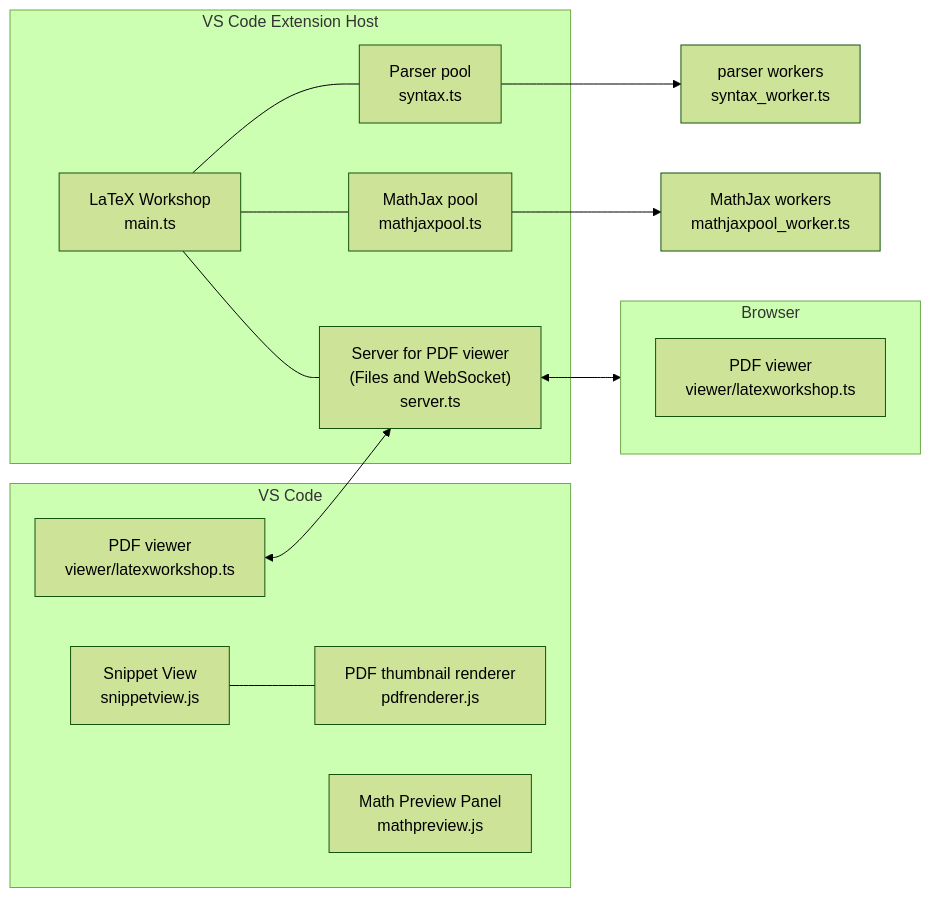
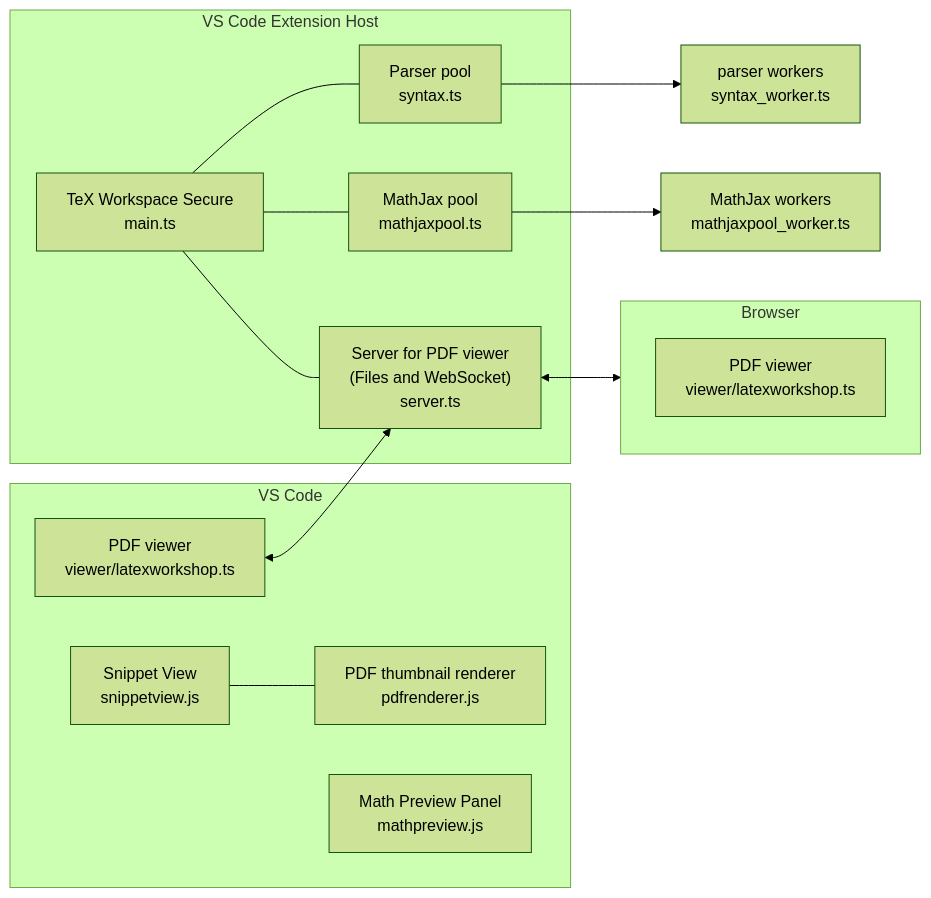
The first of 2 diagrams in src/README.md (James-Yu/LaTeX-Workshop), drawn with Mermaid (forest theme) before and after one commit. The commit also changed other lines of this file and 68 other files, not shown here.

Commit message:
Create secure enterprise-focused TeX Workspace fork

````diff
--- a/src/README.md
+++ b/src/README.md
@@ -33,32 +33,32 @@
 ```mermaid
 flowchart LR
   subgraph VSCode["VS Code"]
     PDFViewer["PDF viewer\n viewer/latexworkshop.ts"]
     SnippetView["Snippet View\n snippetview.js"] --- PDFRenderer["PDF thumbnail renderer\n pdfrenderer.js"]
     MathPreview["Math Preview Panel\n mathpreview.js"]
   end
   subgraph ExtensionHost["VS Code Extension Host"]
-    LW["LaTeX Workshop\n main.ts"]
+    LW["TeX Workspace Secure\n main.ts"]
     LW --- Server["Server for PDF viewer \n(Files and WebSocket)\n server.ts "];
     LW --- ParserPool["Parser pool\n syntax.ts"]
     LW --- MathJaxPool["MathJax pool\n mathjaxpool.ts"]
   end
   PDFViewer <--> Server
   Server <--> Browser
   subgraph Browser
     PDFViewerB["PDF viewer\n viewer/latexworkshop.ts"]
   end
   ParserPool --> ParserWorkers["parser workers\n syntax_worker.ts"]
   MathJaxPool --> MathJaxWorkers["MathJax workers\n mathjaxpool_worker.ts "]
   click PDFViewer "https://github.com/James-Yu/LaTeX-Workshop/blob/master/viewer/latexworkshop.ts"
   click PDFViewerB "https://github.com/James-Yu/LaTeX-Workshop/blob/master/viewer/latexworkshop.ts"
   click SnippetView "https://github.com/James-Yu/LaTeX-Workshop/blob/master/resources/snippetview/snippetview.js"
   click PDFRenderer "https://github.com/James-Yu/LaTeX-Workshop/blob/master/resources/snippetview/pdfrenderer.js"
   click MathPreview "https://github.com/James-Yu/LaTeX-Workshop/blob/master/resources/mathpreviewpanel/mathpreview.js"
   click LW "https://github.com/James-Yu/LaTeX-Workshop/blob/master/src/main.ts"
   click Server "https://github.com/James-Yu/LaTeX-Workshop/blob/master/src/components/server.ts"
   click ParserPool "https://github.com/James-Yu/LaTeX-Workshop/blob/master/src/components/parser/syntax.ts"
   click MathJaxPool "https://github.com/James-Yu/LaTeX-Workshop/blob/master/src/providers/preview/mathjaxpool.ts"
   click ParserWorkers "https://github.com/James-Yu/LaTeX-Workshop/blob/master/src/components/parser/syntax_worker.ts"
   click MathJaxWorkers "https://github.com/James-Yu/LaTeX-Workshop/blob/master/src/providers/preview/mathjaxpool_worker.ts"
 ```
````
